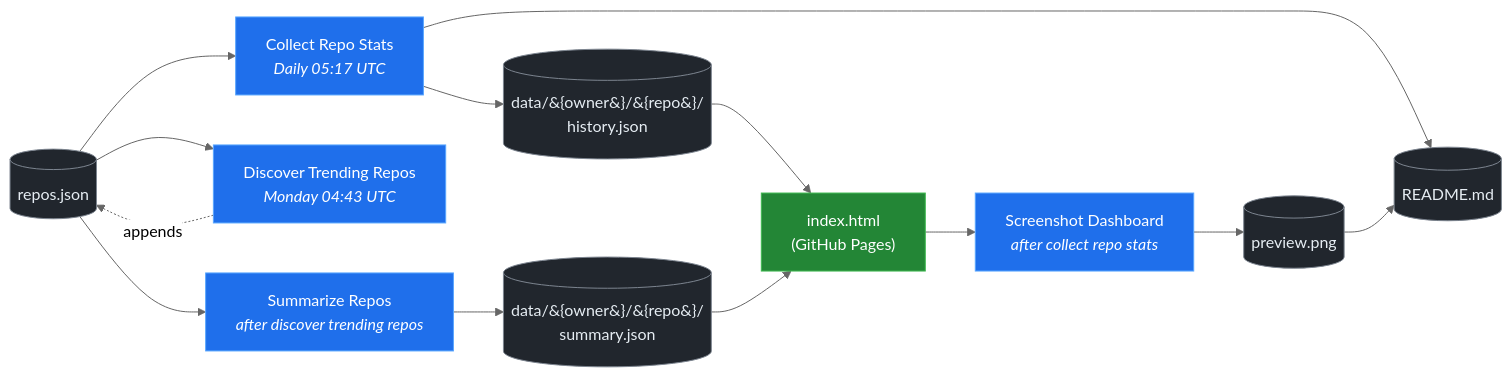
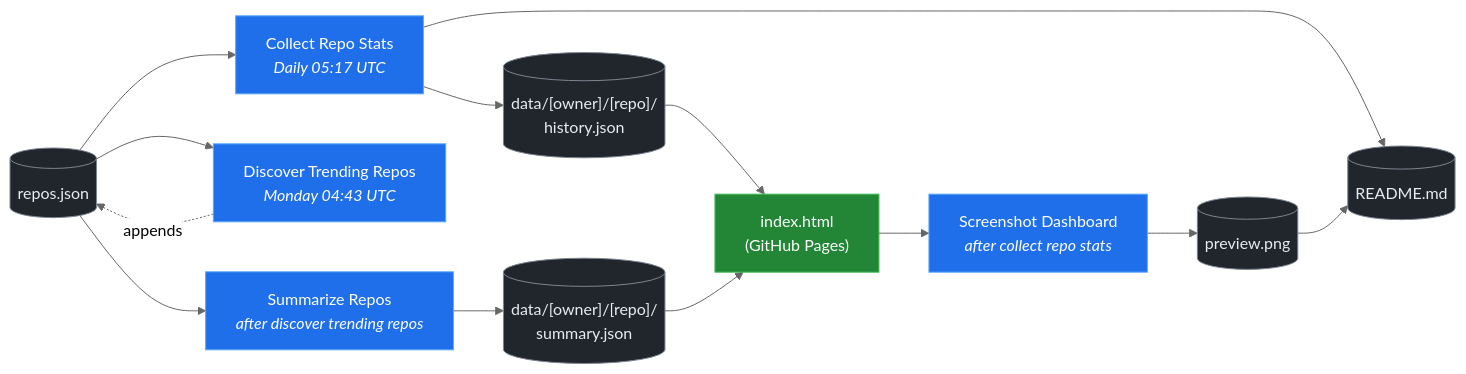
The diagram in README.md (patrick-creates/rising-repos-tracker), drawn with Mermaid (neutral theme) before and after one commit. The commit also changed other lines of this file and 9 other files, not shown here.

````diff
--- a/README.md
+++ b/README.md
@@ -49,28 +49,28 @@
 ```mermaid
 graph LR
     repos[("repos.json")]:::data
-    history[("data/&#123;owner&#125;/&#123;repo&#125;/<br/>history.json")]:::data
-    summary[("data/&#123;owner&#125;/&#123;repo&#125;/<br/>summary.json")]:::data
+    history[("data/[owner]/[repo]/<br/>history.json")]:::data
+    summary[("data/[owner]/[repo]/<br/>summary.json")]:::data
     readme[("README.md")]:::data
     preview[("preview.png")]:::data
     dashboard["index.html<br/>(GitHub Pages)"]:::output
     collect_yml["Collect Repo Stats<br/><i>Daily 05:17 UTC</i>"]:::workflow
     discover_yml["Discover Trending Repos<br/><i>Monday 04:43 UTC</i>"]:::workflow
     screenshot_yml["Screenshot Dashboard<br/><i>after collect repo stats</i>"]:::workflow
     summarize_yml["Summarize Repos<br/><i>after discover trending repos</i>"]:::workflow
     repos --> collect_yml
     collect_yml --> history
     collect_yml --> readme
     repos --> discover_yml
     discover_yml -.->|appends| repos
     dashboard --> screenshot_yml
     screenshot_yml --> preview
     repos --> summarize_yml
     summarize_yml --> summary
     history --> dashboard
     summary --> dashboard
     preview --> readme
     classDef workflow fill:#1f6feb,stroke:#58a6ff,color:#fff
     classDef data fill:#21262d,stroke:#7d8590,color:#e6edf3
     classDef output fill:#238636,stroke:#3fb950,color:#fff
 ```
````
